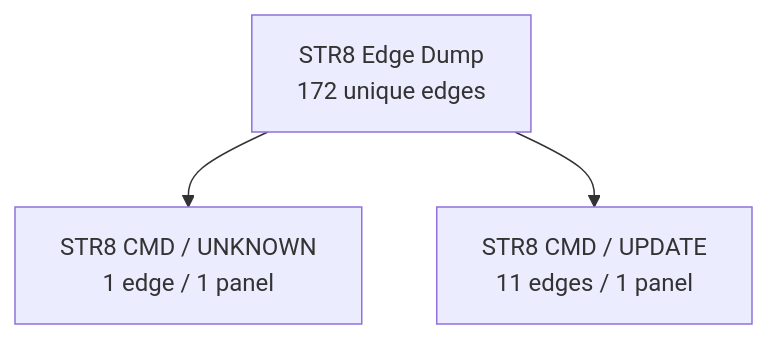
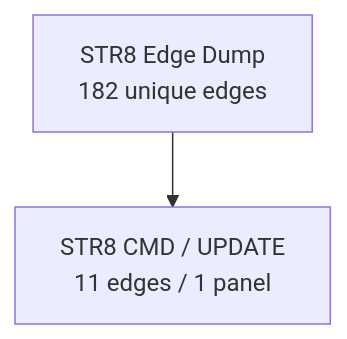
The fourth of 45 diagrams in DOC/GUIDES/STR8/STR8_EDGE_DUMP.md (95westus/R-YORS), drawn with Mermaid before and after one commit. The commit also changed other lines of this file and 38 other files, not shown here.

````diff
--- a/DOC/GUIDES/STR8/STR8_EDGE_DUMP.md
+++ b/DOC/GUIDES/STR8/STR8_EDGE_DUMP.md
@@ -80,5 +80,4 @@
 ```mermaid
 flowchart TD
-    EDGE_ATLAS_ROOT_3["STR8 Edge Dump<br/>172 unique edges"] --> EDGE_FAMILY_3_0["STR8 CMD / UNKNOWN<br/>1 edge / 1 panel"]
-    EDGE_ATLAS_ROOT_3["STR8 Edge Dump<br/>172 unique edges"] --> EDGE_FAMILY_3_1["STR8 CMD / UPDATE<br/>11 edges / 1 panel"]
+    EDGE_ATLAS_ROOT_3["STR8 Edge Dump<br/>182 unique edges"] --> EDGE_FAMILY_3_0["STR8 CMD / UPDATE<br/>11 edges / 1 panel"]
 ```
````
